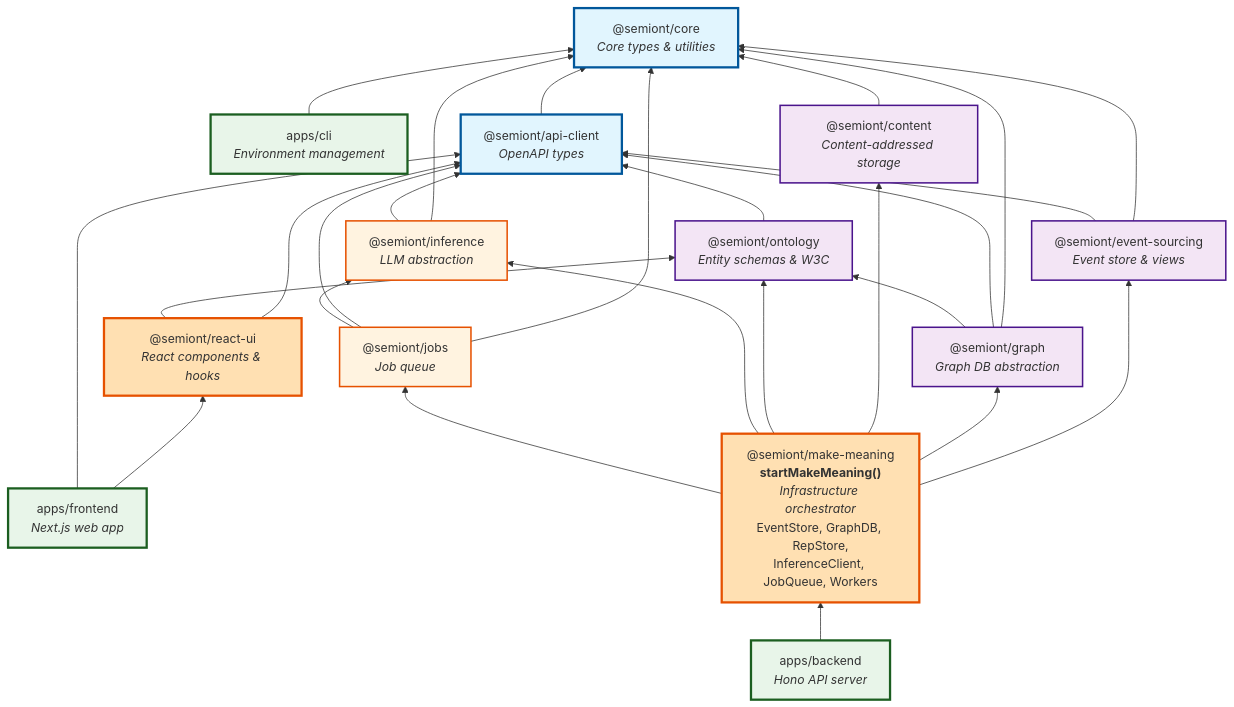
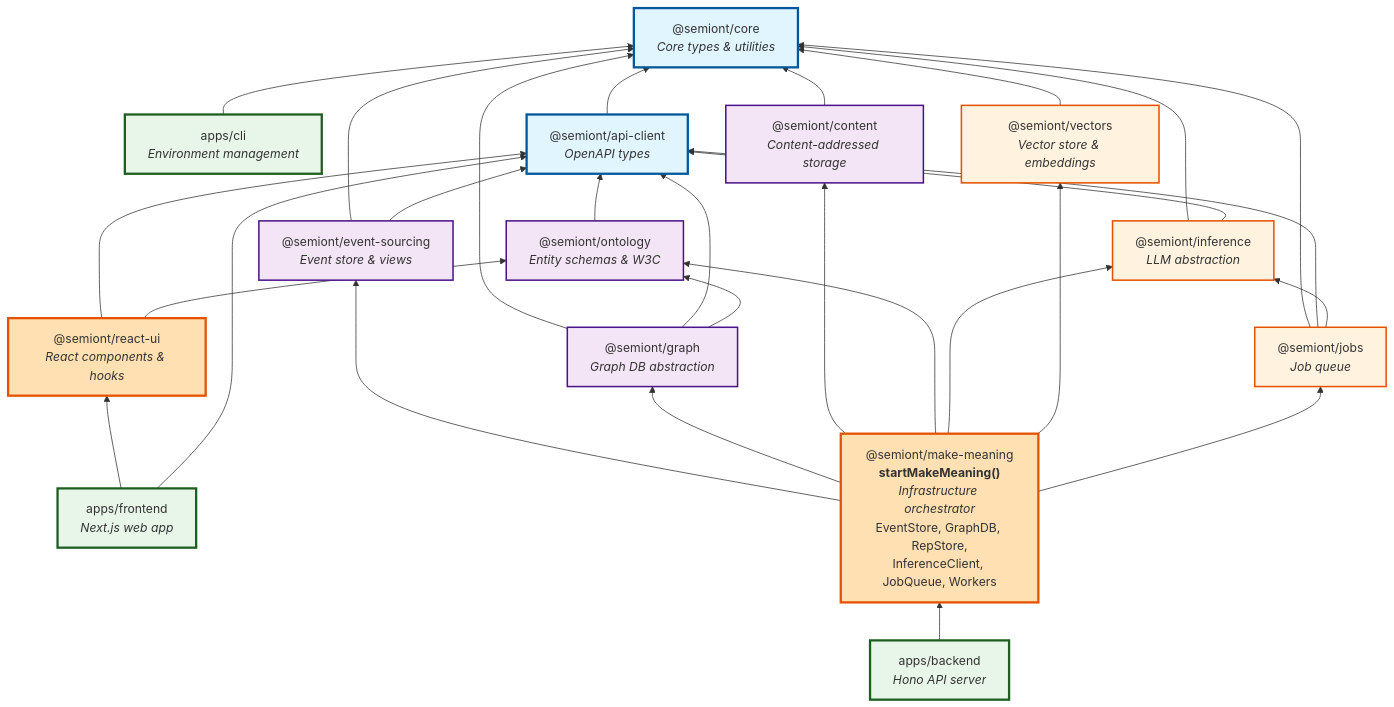
Before and after one commit to The-AI-Alliance/semiont: the diagram in packages/README.md, drawn with Mermaid. The commit also changed other lines of this file and 6 other files, not shown here.

````diff
--- a/packages/README.md
+++ b/packages/README.md
@@ -11,73 +11,76 @@
 ```mermaid
 graph BT
     %% Layer 4: Application Consumers
     backend["apps/backend<br/><i>Hono API server</i>"]
     frontend["apps/frontend<br/><i>Next.js web app</i>"]
     cli["apps/cli<br/><i>Environment management</i>"]
 
     %% Layer 3: Application Logic
     meaning["@semiont/make-meaning<br/><b>startMakeMeaning()</b><br/><i>Infrastructure orchestrator</i><br/>EventStore, GraphDB, RepStore,<br/>InferenceClient, JobQueue, Workers"]
     react["@semiont/react-ui<br/><i>React components & hooks</i>"]
 
     %% Layer 2: AI & Infrastructure
     inference["@semiont/inference<br/><i>LLM abstraction</i>"]
+    vectors["@semiont/vectors<br/><i>Vector store & embeddings</i>"]
     jobs["@semiont/jobs<br/><i>Job queue</i>"]
     graph_pkg["@semiont/graph<br/><i>Graph DB abstraction</i>"]
     event["@semiont/event-sourcing<br/><i>Event store & views</i>"]
     content["@semiont/content<br/><i>Content-addressed storage</i>"]
 
     %% Layer 1: Domain Primitives
     ontology["@semiont/ontology<br/><i>Entity schemas & W3C</i>"]
 
     %% Layer 0: Foundation
     api["@semiont/api-client<br/><i>OpenAPI types</i>"]
     core["@semiont/core<br/><i>Core types & utilities</i>"]
 
     %% Application dependencies
     backend --> meaning
     frontend --> react
     frontend --> api
     cli --> core
 
     %% Application logic dependencies
     meaning --> event
     meaning --> graph_pkg
     meaning --> content
     meaning --> ontology
     meaning --> inference
+    meaning --> vectors
     meaning --> jobs
     react --> api
     react --> ontology
 
     %% Infrastructure dependencies
     inference --> core
     inference --> api
+    vectors --> core
     jobs --> core
     jobs --> api
     jobs --> inference
     graph_pkg --> core
     graph_pkg --> api
     graph_pkg --> ontology
     event --> core
     event --> api
     content --> core
 
     %% Domain dependencies
     ontology --> api
 
     %% Foundation dependencies
     api --> core
 
     %% Styling by layer
     classDef layer0 fill:#e1f5fe,stroke:#01579b,stroke-width:3px
     classDef layer1 fill:#f3e5f5,stroke:#4a148c,stroke-width:2px
     classDef layer2 fill:#fff3e0,stroke:#e65100,stroke-width:2px
     classDef layer3 fill:#ffe0b2,stroke:#e65100,stroke-width:3px
     classDef layer4 fill:#e8f5e9,stroke:#1b5e20,stroke-width:3px
 
     class core,api layer0
     class ontology,content,event,graph_pkg layer1
-    class inference,jobs layer2
+    class inference,vectors,jobs layer2
     class meaning,react layer3
     class backend,frontend,cli layer4
 ```
````
